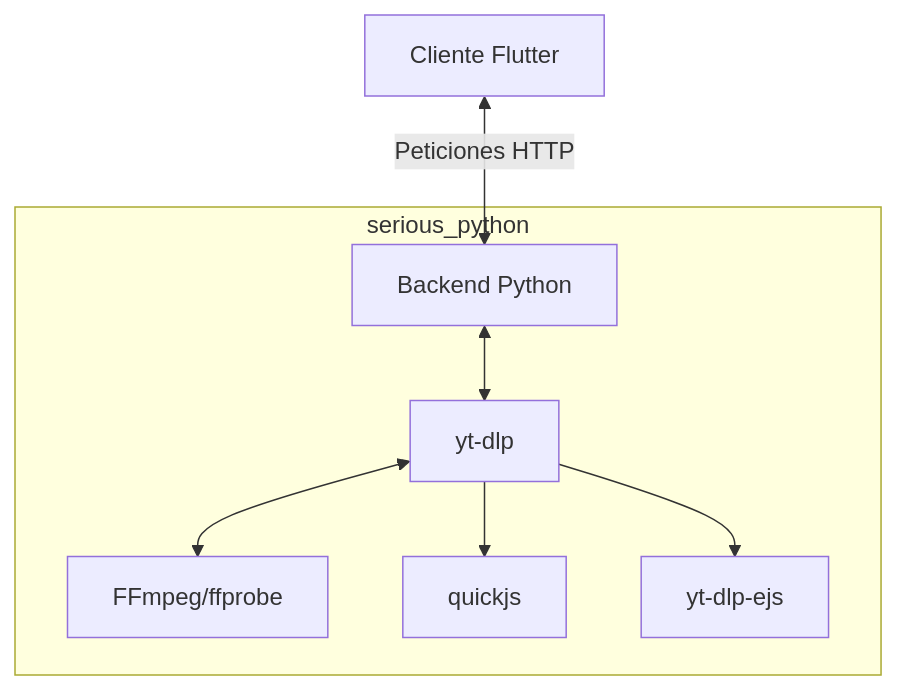
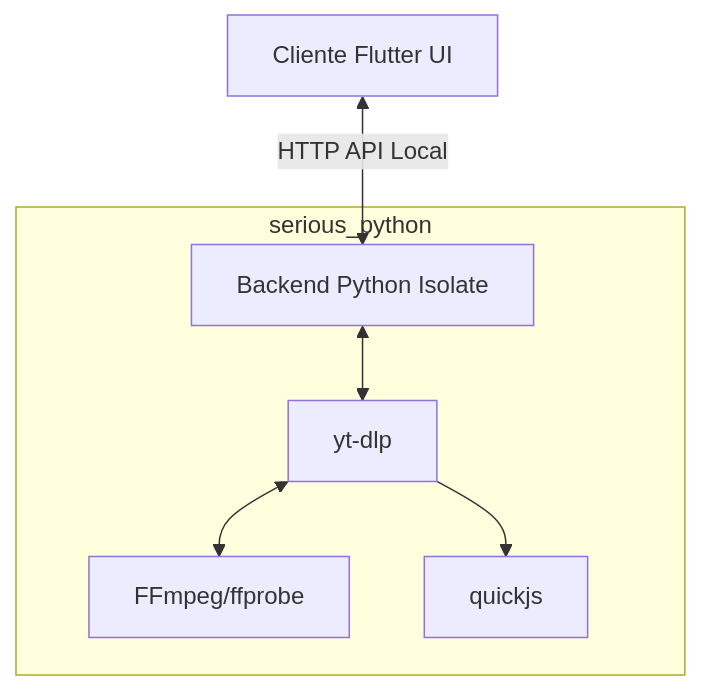
The diagram in README.md (chomusuke-mk/vidra), drawn with Mermaid before and after one commit. The commit also changed other lines of this file and 13 other files, not shown here.

````diff
--- a/README.md
+++ b/README.md
@@ -53,10 +55,9 @@
 ```mermaid
 graph TD
-  A[Cliente Flutter] <-->|Peticiones HTTP| B[Backend Python]
+  A[Cliente Flutter UI] <-->|HTTP API Local| B[Backend Python Isolate]
   subgraph serious_python
     B <--> C[yt-dlp]
     C <--> D[FFmpeg/ffprobe]
     C --> E[quickjs]
-    C --> F[yt-dlp-ejs]
   end
 ```
````
